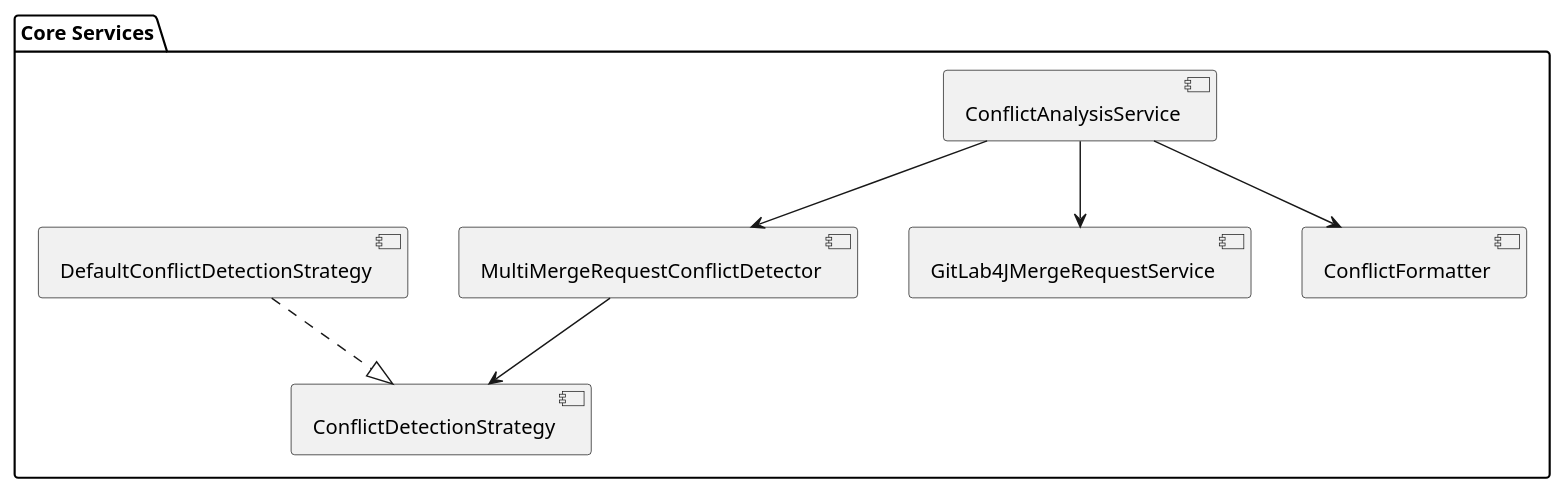
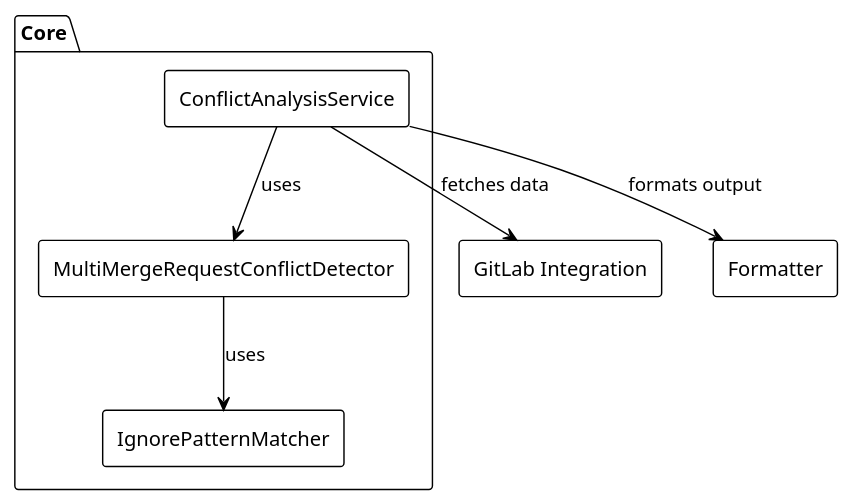
One commit to GalushkoArt/gitlab-mr-conflict-detector changed the fourth of 11 diagrams in docs/architecture.md. Above: the diagram before and after it, drawn with PlantUML. The commit also changed other lines of this file and 1 other file, not shown here.

````diff
--- a/docs/architecture.md
+++ b/docs/architecture.md
@@ -54,12 +99,20 @@
 ```plantuml
 @startuml
-package "Core Services" {
-  [ConflictAnalysisService] --> [MultiMergeRequestConflictDetector]
-  [ConflictAnalysisService] --> [GitLab4JMergeRequestService]
-  [ConflictAnalysisService] --> [ConflictFormatter]
-  
-  [MultiMergeRequestConflictDetector] --> [ConflictDetectionStrategy]
-  [DefaultConflictDetectionStrategy] ..|> [ConflictDetectionStrategy]
+!theme plain
+skinparam componentStyle rectangle
+
+package "Core" {
+  [ConflictAnalysisService] as AnalysisService
+  [MultiMergeRequestConflictDetector] as Detector
+  [IgnorePatternMatcher] as Matcher
 }
+
+[GitLab Integration] as GitLab
+[Formatter] as Formatter
+
+AnalysisService --> Detector : uses
+AnalysisService --> GitLab : fetches data
+AnalysisService --> Formatter : formats output
+Detector --> Matcher : uses
 @enduml
 ```
````
